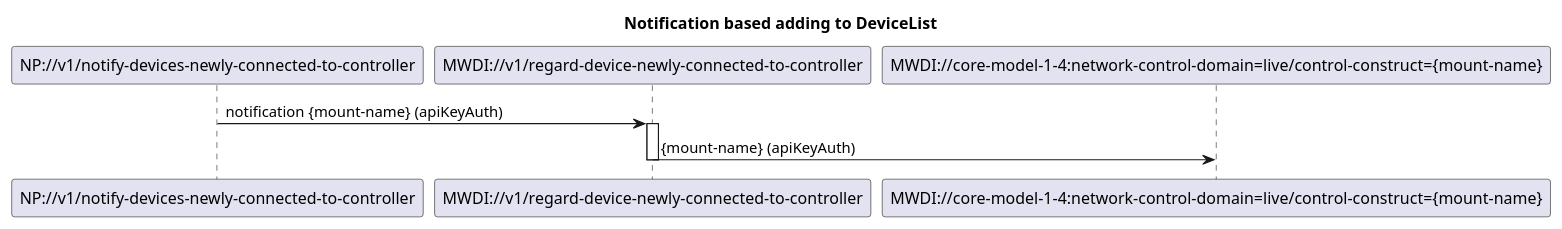
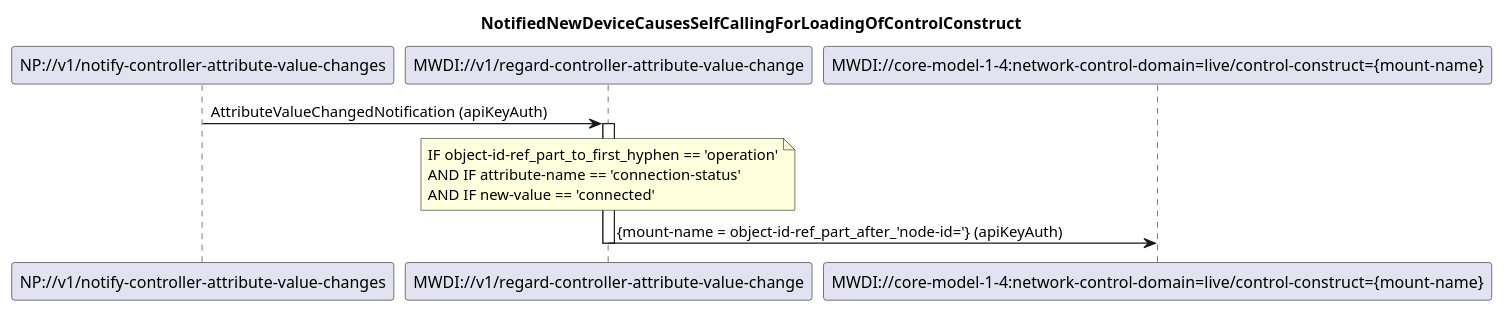
One commit to openBackhaul/MicroWaveDeviceInventory changed the diagram in spec/diagrams/020_NotificationBasedDeviceListSyncAdd.plantuml. Above: the diagram before and after it, drawn with PlantUML. The commit also changed 9 other files, not shown here.

```diff
--- a/spec/diagrams/020_NotificationBasedDeviceListSyncAdd.plantuml
+++ b/spec/diagrams/020_NotificationBasedDeviceListSyncAdd.plantuml
@@ -1,16 +1,22 @@
 @startuml 020_NotificationBasedDeviceListSyncAdd
 skinparam responseMessageBelowArrow true
 
-title  Notification based adding to DeviceList
+title  NotifiedNewDeviceCausesSelfCallingForLoadingOfControlConstruct
 
-participant "NP://v1/notify-devices-newly-connected-to-controller" as subscription
-participant "MWDI://v1/regard-device-newly-connected-to-controller" as regardNewDevice
+participant "NP://v1/notify-controller-attribute-value-changes" as subscription
+participant "MWDI://v1/regard-controller-attribute-value-change" as regardNewDevice
 participant "MWDI://core-model-1-4:network-control-domain=live/control-construct={mount-name}" as liveControlConstruct
 
-subscription -> regardNewDevice: notification {mount-name} (apiKeyAuth)
+subscription -> regardNewDevice: AttributeValueChangedNotification (apiKeyAuth)
 activate regardNewDevice
 
-regardNewDevice -> liveControlConstruct: {mount-name} (apiKeyAuth)
+note over regardNewDevice
+IF object-id-ref_part_to_first_hyphen == 'operation'
+AND IF attribute-name == 'connection-status' 
+AND IF new-value == 'connected'
+end note
+
+regardNewDevice -> liveControlConstruct: {mount-name = object-id-ref_part_after_'node-id='} (apiKeyAuth)
 deactivate regardNewDevice
 
 @enduml
```
